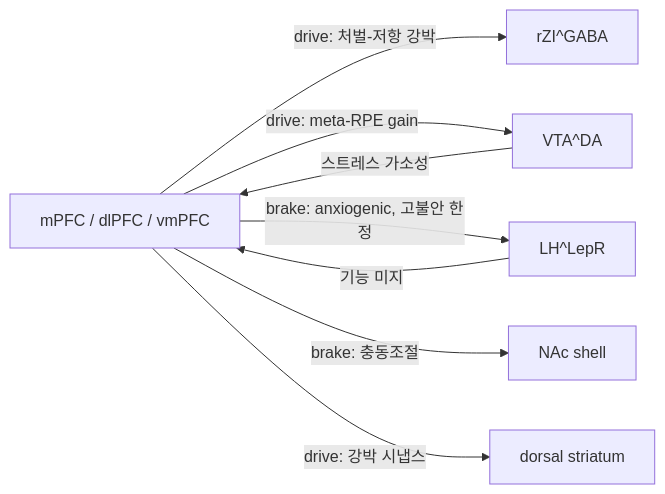
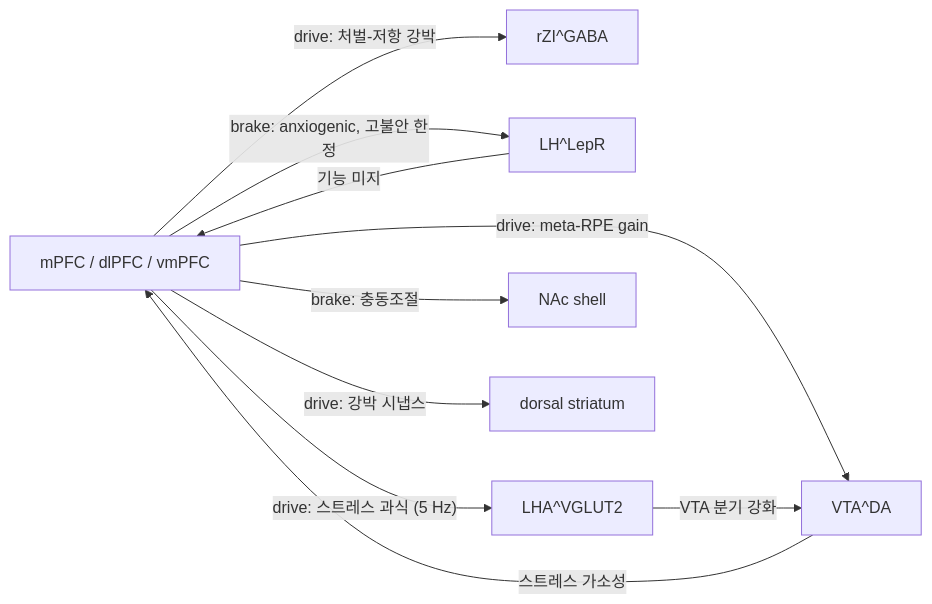
The diagram in content/concept-prefrontal-cortex-feeding.md (hjchoiSNU/llm-wiki), drawn with Mermaid before and after one commit. The commit also changed other lines of this file and 8 other files, not shown here.

````diff
--- a/content/concept-prefrontal-cortex-feeding.md
+++ b/content/concept-prefrontal-cortex-feeding.md
@@ -112,16 +114,19 @@
 ```mermaid
 graph LR
   PFC["mPFC / dlPFC / vmPFC"]
   RZI["rZI^GABA"]
   VTA["VTA^DA"]
   LH["LH^LepR"]
+  LHG["LHA^VGLUT2"]
   NAC["NAc shell"]
   DST["dorsal striatum"]
   PFC -->|drive: 처벌-저항 강박| RZI
   PFC -->|drive: meta-RPE gain| VTA
   VTA -->|스트레스 가소성| PFC
   PFC -->|brake: anxiogenic, 고불안 한정| LH
+  PFC -->|"drive: 스트레스 과식 (5 Hz)"| LHG
+  LHG -->|VTA 분기 강화| VTA
   PFC -->|brake: 충동조절| NAC
   PFC -->|drive: 강박 시냅스| DST
   LH -->|기능 미지| PFC
 ```
````
